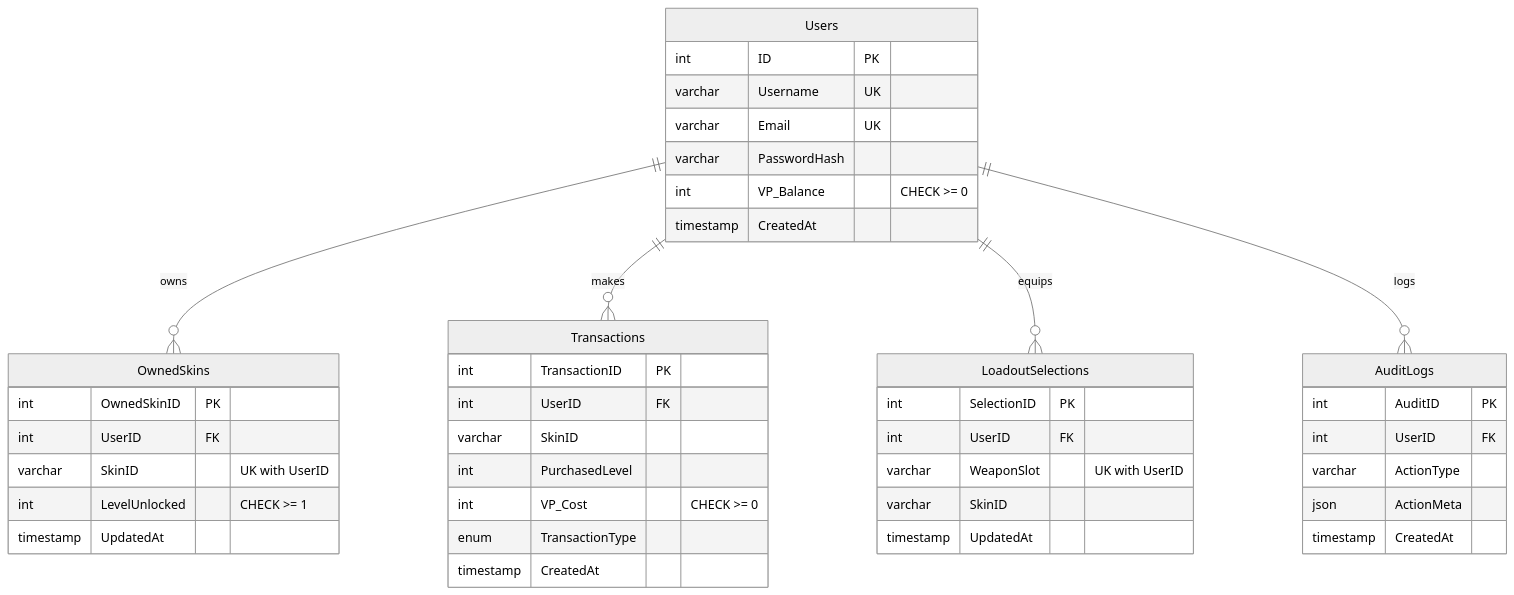
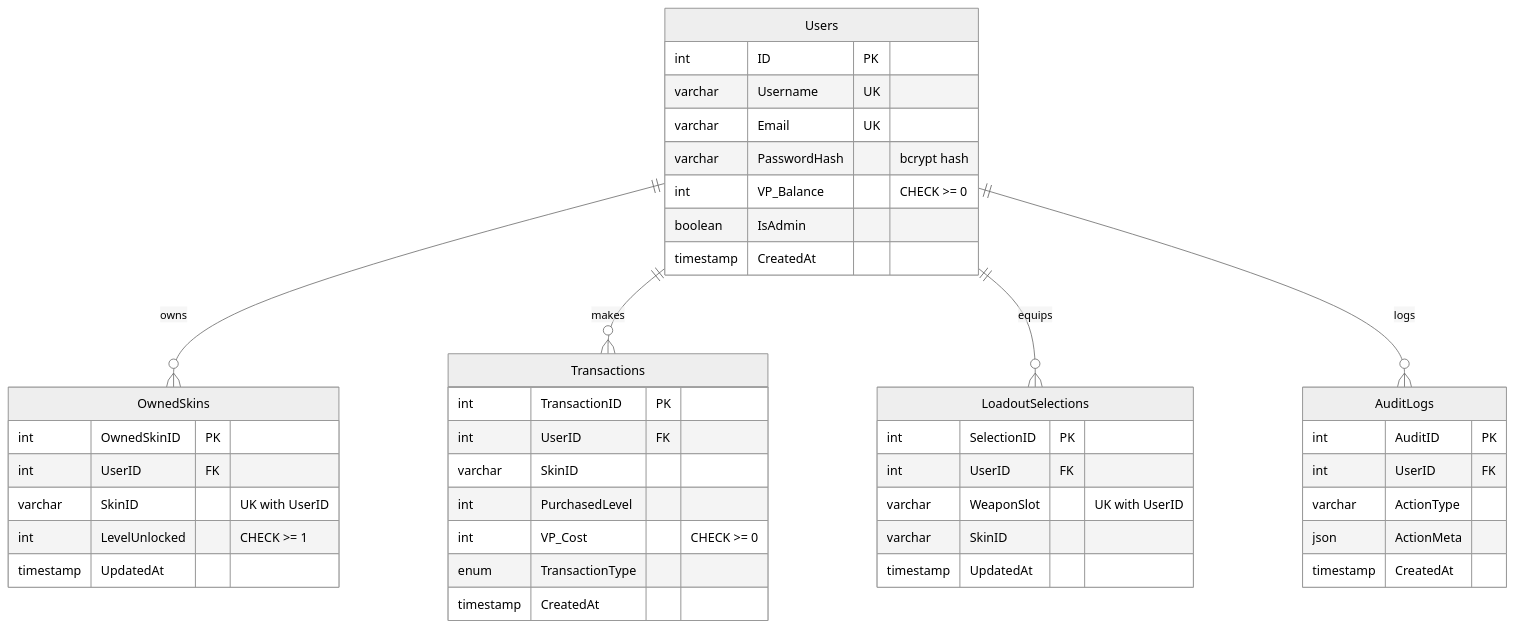
The diagram in sql/ERD.md (CoLuMOR-DEV/valecom), drawn with Mermaid (neutral theme) before and after one commit. The commit also changed other lines of this file and 16 other files, not shown here.

Commit message:
Replace DCL panel with bcrypt admin accounts

````diff
--- a/sql/ERD.md
+++ b/sql/ERD.md
@@ -3,50 +3,51 @@
 ```mermaid
 erDiagram
     Users ||--o{ OwnedSkins : owns
     Users ||--o{ Transactions : makes
     Users ||--o{ LoadoutSelections : equips
     Users ||--o{ AuditLogs : logs
 
     Users {
       int ID PK
       varchar Username UK
       varchar Email UK
-      varchar PasswordHash
+      varchar PasswordHash "bcrypt hash"
       int VP_Balance "CHECK >= 0"
+      boolean IsAdmin
       timestamp CreatedAt
     }
 
     OwnedSkins {
       int OwnedSkinID PK
       int UserID FK
       varchar SkinID "UK with UserID"
       int LevelUnlocked "CHECK >= 1"
       timestamp UpdatedAt
     }
 
     Transactions {
       int TransactionID PK
       int UserID FK
       varchar SkinID
       int PurchasedLevel
       int VP_Cost "CHECK >= 0"
       enum TransactionType
       timestamp CreatedAt
     }
 
     LoadoutSelections {
       int SelectionID PK
       int UserID FK
       varchar WeaponSlot "UK with UserID"
       varchar SkinID
       timestamp UpdatedAt
     }
 
     AuditLogs {
       int AuditID PK
       int UserID FK
       varchar ActionType
       json ActionMeta
       timestamp CreatedAt
     }
 ```
````
